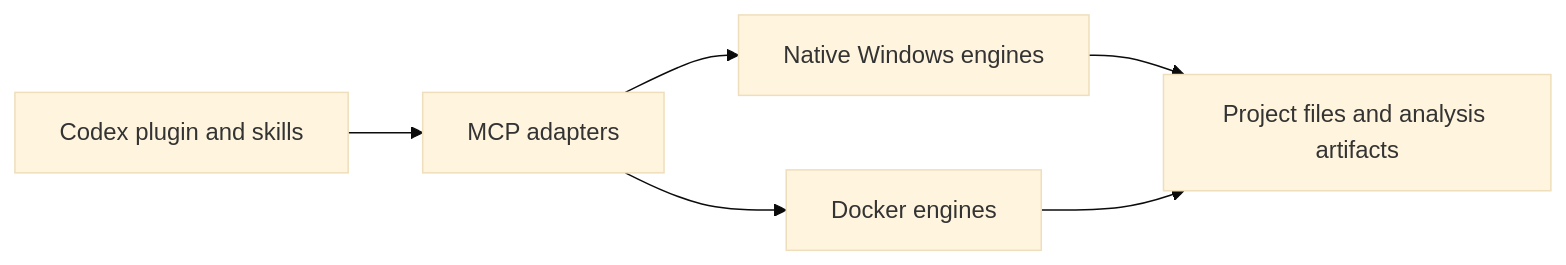
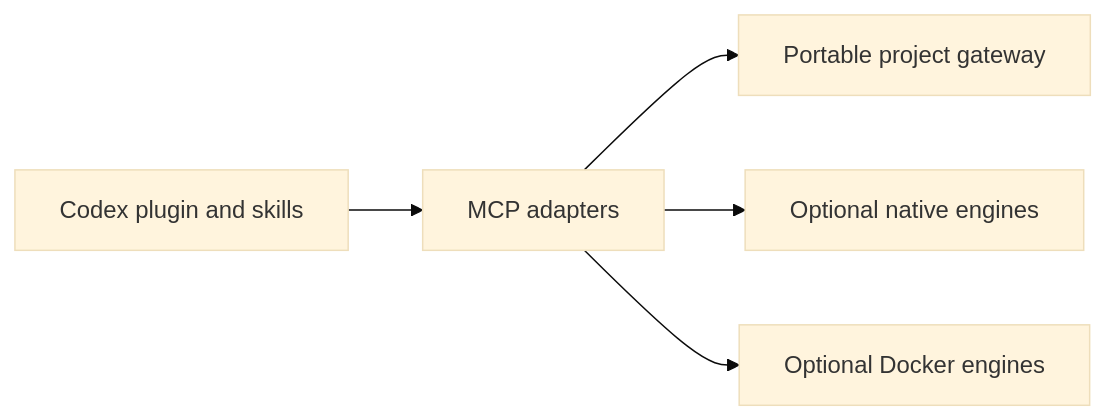
Before and after one commit to m8appz-dotcom/visual-development-toolkit: the diagram in README.md, drawn with Mermaid (base theme). The commit also changed other lines of this file and 19 other files, not shown here.

````diff
--- a/README.md
+++ b/README.md
@@ -11,8 +34,7 @@
 ```mermaid
 flowchart LR
-    A[Codex plugin and skills] --> B[MCP adapters]
-    B --> C[Native Windows engines]
-    B --> D[Docker engines]
-    C --> E[Project files and analysis artifacts]
-    D --> E
+  A[Codex plugin and skills] --> B[MCP adapters]
+  B --> C[Portable project gateway]
+  B --> D[Optional native engines]
+  B --> E[Optional Docker engines]
 ```
````
